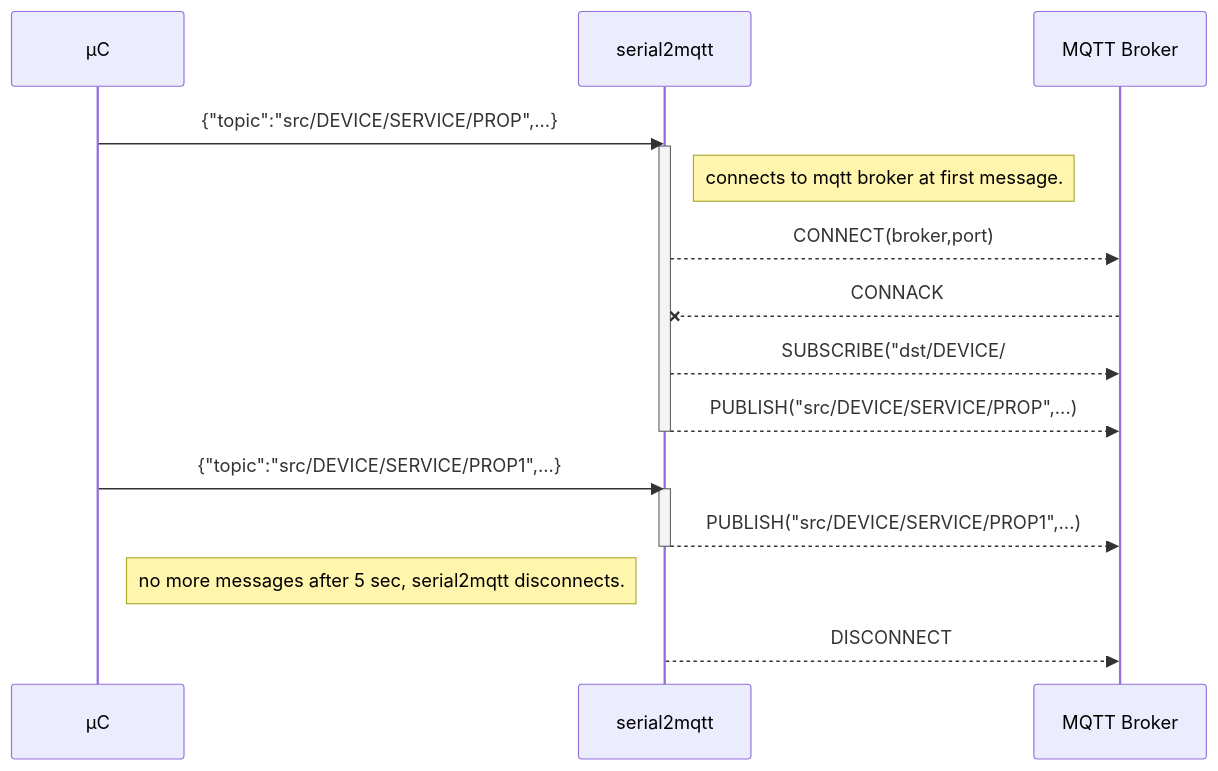
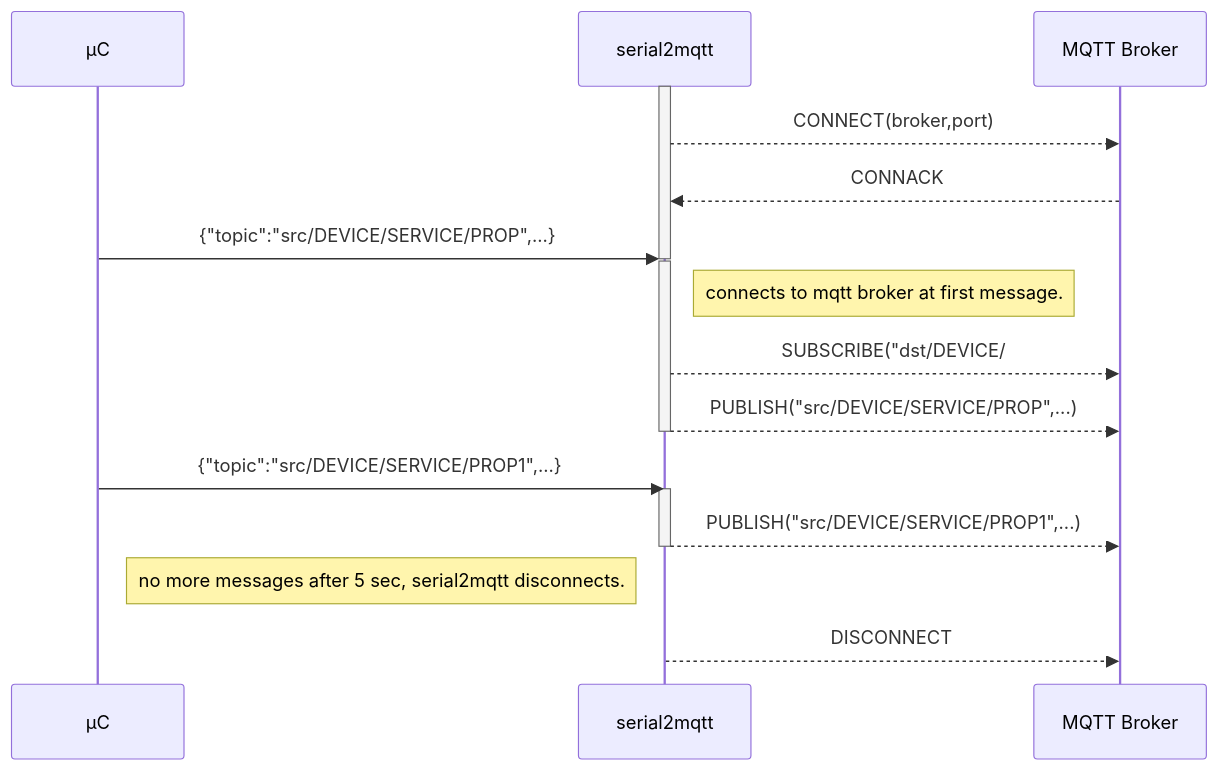
Before and after one commit to vortex314/serial2mqtt: the first of 2 diagrams in README.md, drawn with Mermaid.

Commit message:
Uploaded by https://stackedit.io/

````diff
--- a/README.md
+++ b/README.md
@@ -104,17 +104,22 @@
 ```mermaid
 sequenceDiagram
+participant µC
+participant serial2mqtt
+participant MQTT Broker
+activate serial2mqtt
+serial2mqtt-->>MQTT Broker: CONNECT(broker,port)
+MQTT Broker -->> serial2mqtt: CONNACK
 µC->> serial2mqtt: {"topic":"src/DEVICE/SERVICE/PROP",...}
+deactivate serial2mqtt
 activate serial2mqtt
 Note right of serial2mqtt: connects to mqtt broker at first message.
-serial2mqtt-->>MQTT Broker: CONNECT(broker,port)
-MQTT Broker --x serial2mqtt: CONNACK
 serial2mqtt-->>MQTT Broker: SUBSCRIBE("dst/DEVICE/#")
 serial2mqtt-->>MQTT Broker: PUBLISH("src/DEVICE/SERVICE/PROP",...)
 deactivate serial2mqtt
 µC->> serial2mqtt: {"topic":"src/DEVICE/SERVICE/PROP1",...}
 activate serial2mqtt
 serial2mqtt-->>MQTT Broker:  PUBLISH("src/DEVICE/SERVICE/PROP1",...)
 deactivate serial2mqtt
 Note right of µC: no more messages after 5 sec, serial2mqtt disconnects.
 serial2mqtt-->>MQTT Broker: DISCONNECT
 ```
````
